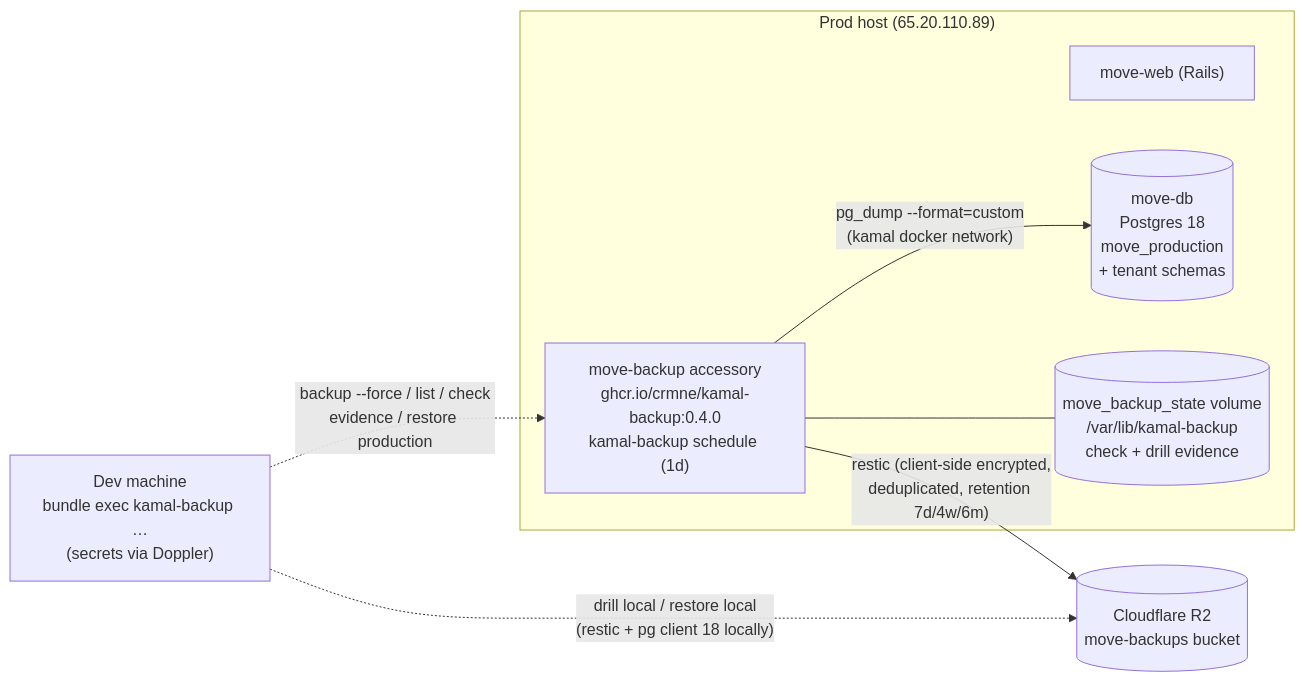
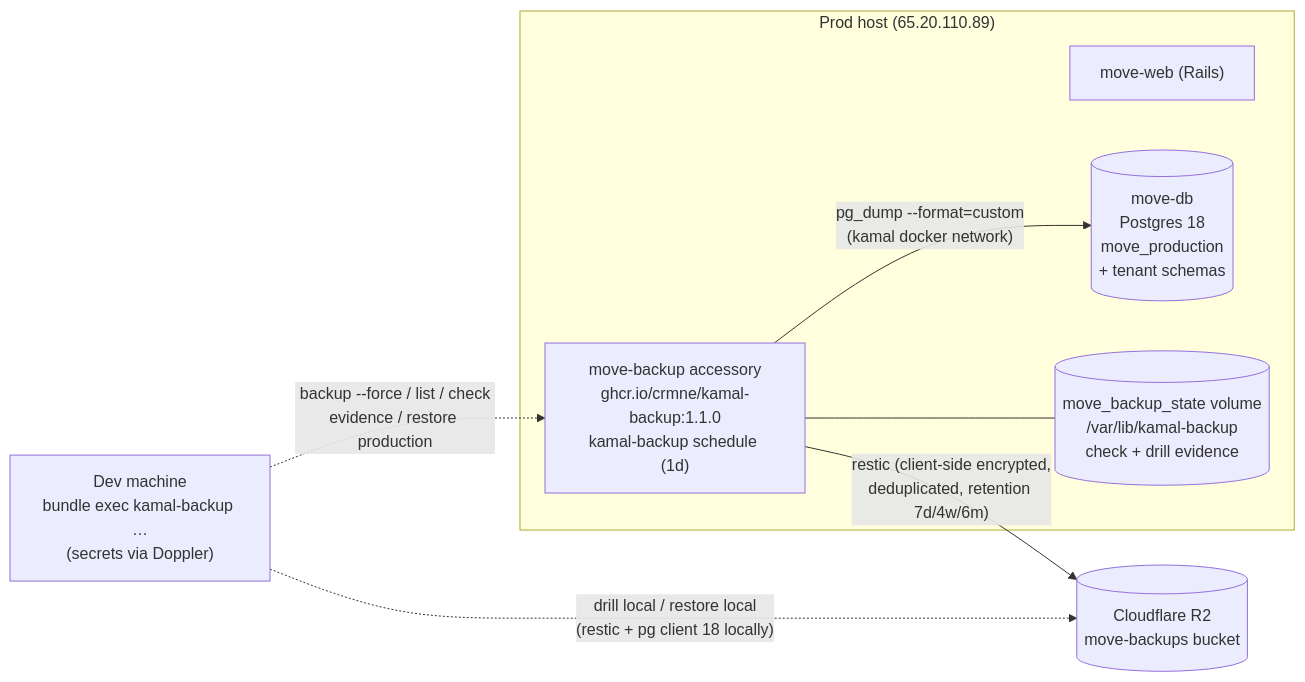
Before and after one commit to joel/move: the diagram in doc/project/backups.md, drawn with Mermaid. The commit also changed other lines of this file and 3 other files, not shown here.

````diff
--- a/doc/project/backups.md
+++ b/doc/project/backups.md
@@ -26,14 +26,14 @@
 ```mermaid
 flowchart LR
   subgraph host["Prod host (65.20.110.89)"]
     APP["move-web (Rails)"]
     DB[("move-db<br/>Postgres 18<br/>move_production<br/>+ tenant schemas")]
-    BK["move-backup accessory<br/>ghcr.io/crmne/kamal-backup:0.4.0<br/>kamal-backup schedule (1d)"]
+    BK["move-backup accessory<br/>ghcr.io/crmne/kamal-backup:1.1.0<br/>kamal-backup schedule (1d)"]
     ST[("move_backup_state volume<br/>/var/lib/kamal-backup<br/>check + drill evidence")]
     BK -->|"pg_dump --format=custom<br/>(kamal docker network)"| DB
     BK --- ST
   end
   BK -->|"restic (client-side encrypted,<br/>deduplicated, retention 7d/4w/6m)"| R2[("Cloudflare R2<br/>move-backups bucket")]
   DEV["Dev machine<br/>bundle exec kamal-backup …<br/>(secrets via Doppler)"] -.->|"backup --force / list / check<br/>evidence / restore production"| BK
   DEV -.->|"drill local / restore local<br/>(restic + pg client 18 locally)"| R2
 ```
````
